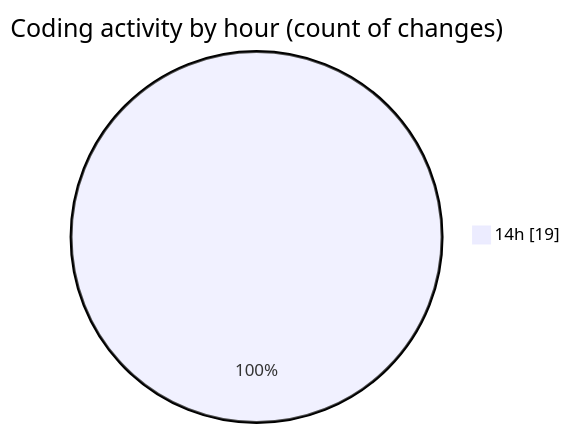
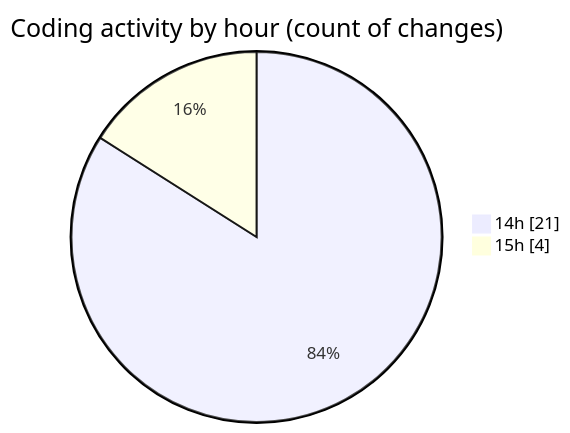
The second of 2 diagrams in 2025-01-25/samplepdf/README.md (momahboobian/code-tracking), drawn with Mermaid before and after one commit. The commit also changed other lines of this file and 1 other file, not shown here.

````diff
--- a/2025-01-25/samplepdf/README.md
+++ b/2025-01-25/samplepdf/README.md
@@ -34,5 +34,6 @@
 ```mermaid
 pie showData
 title Coding activity by hour (count of changes)
-"14h" : 19
+"14h" : 21
+"15h" : 4
 ```
````
